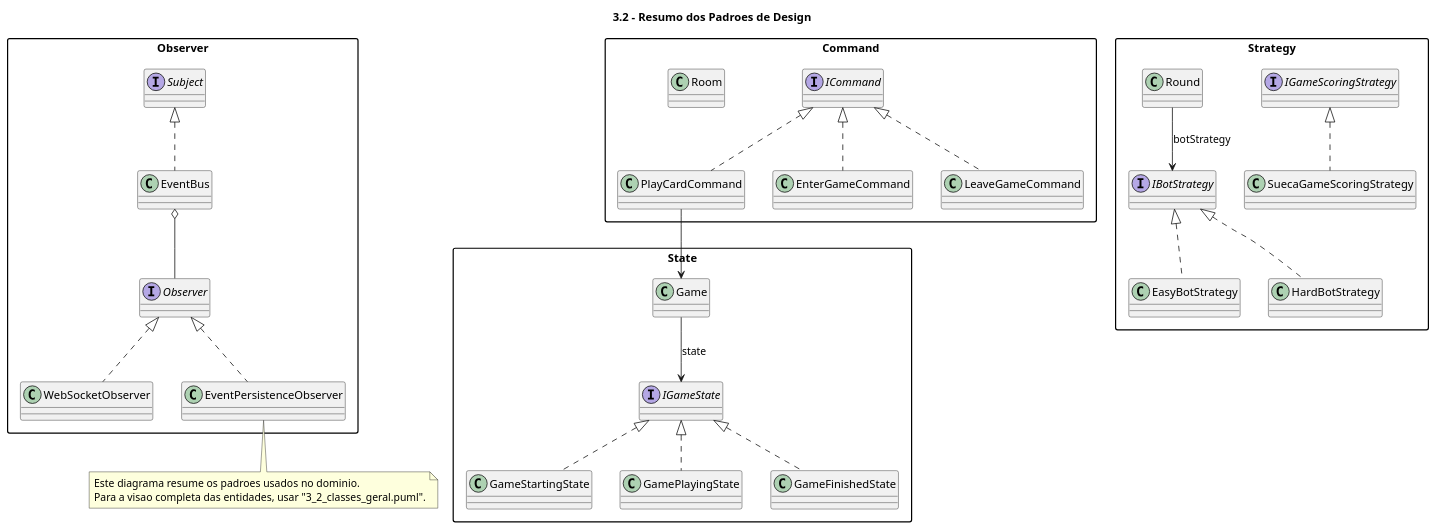
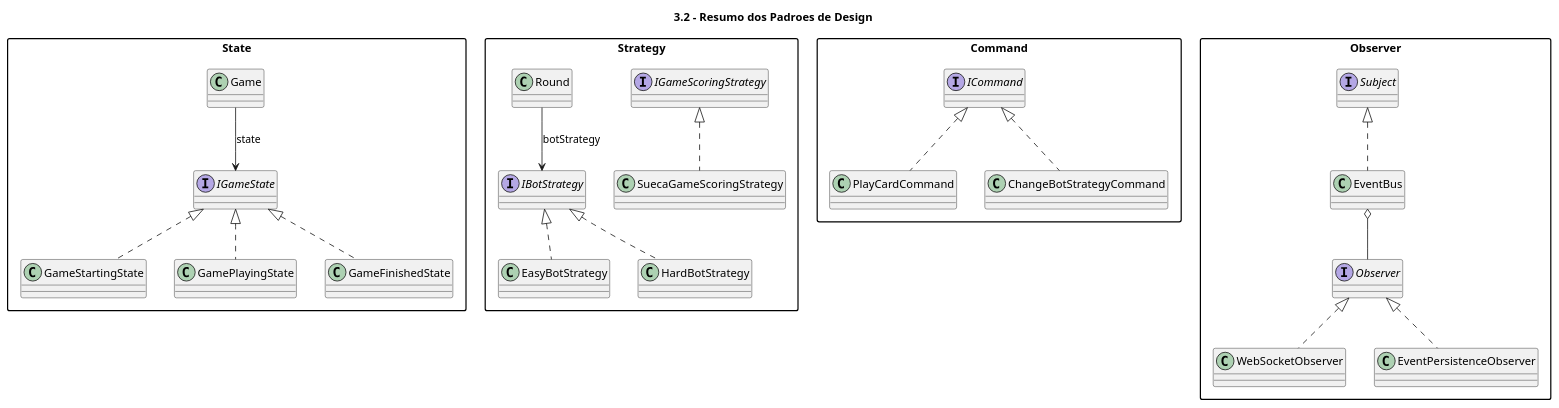
The diagram in DocumentacaoV2/Relatorio_Diagramas/3_2_classes_resumo_padroes.puml (DuarteMSousa/PEDWM_TP1), drawn with PlantUML before and after one commit. The commit also changed 4 other files, not shown here.

First line of the commit message:
Refactor UML class diagrams and patterns

```diff
--- a/DocumentacaoV2/Relatorio_Diagramas/3_2_classes_resumo_padroes.puml
+++ b/DocumentacaoV2/Relatorio_Diagramas/3_2_classes_resumo_padroes.puml
@@ -1,65 +1,58 @@
 @startuml
 title 3.2 - Resumo dos Padroes de Design
 
 skinparam classAttributeIconSize 0
 skinparam packageStyle rectangle
 
 package "State" {
   interface IGameState
   class GameStartingState
   class GamePlayingState
   class GameFinishedState
   class Game
 
   IGameState <|.. GameStartingState
   IGameState <|.. GamePlayingState
   IGameState <|.. GameFinishedState
   Game --> IGameState : state
 }
 
 package "Strategy" {
   interface IGameScoringStrategy
   class SuecaGameScoringStrategy
   interface IBotStrategy
   class EasyBotStrategy
   class HardBotStrategy
   class Round
 
   IGameScoringStrategy <|.. SuecaGameScoringStrategy
   IBotStrategy <|.. EasyBotStrategy
   IBotStrategy <|.. HardBotStrategy
   Round --> IBotStrategy : botStrategy
 }
 
 package "Command" {
   interface ICommand
   class PlayCardCommand
-  class EnterGameCommand
-  class LeaveGameCommand
-  class Room
+  class ChangeBotStrategyCommand
 
   ICommand <|.. PlayCardCommand
-  ICommand <|.. EnterGameCommand
-  ICommand <|.. LeaveGameCommand
-  PlayCardCommand --> Game
+  ICommand <|.. ChangeBotStrategyCommand
 }
 
 package "Observer" {
   interface Subject
   interface Observer
   class EventBus
   class WebSocketObserver
   class EventPersistenceObserver
 
   Subject <|.. EventBus
   Observer <|.. WebSocketObserver
   Observer <|.. EventPersistenceObserver
   EventBus o-- Observer
 }
 
-note bottom
-Este diagrama resume os padroes usados no dominio.
-Para a visao completa das entidades, usar "3_2_classes_geral.puml".
-end note
+
 
 @enduml
```
